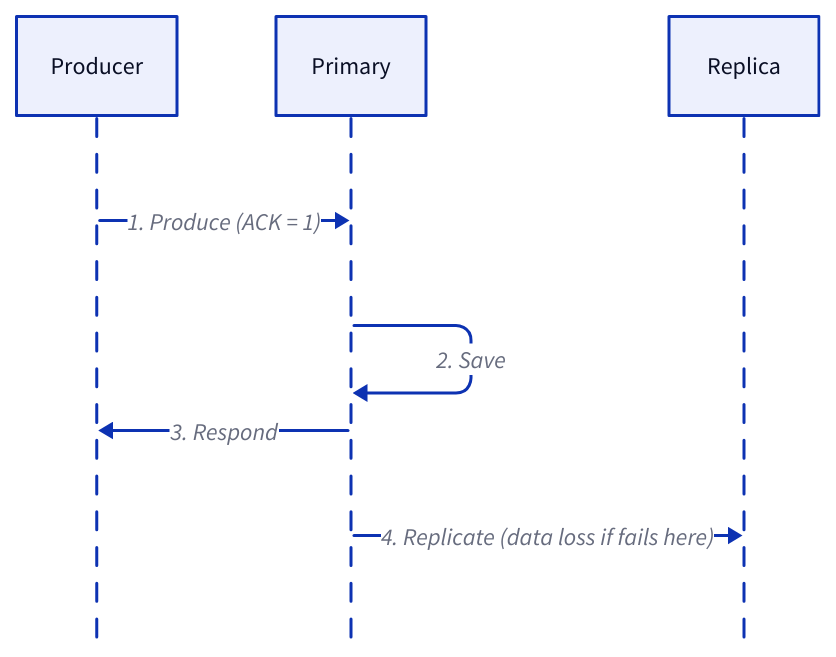
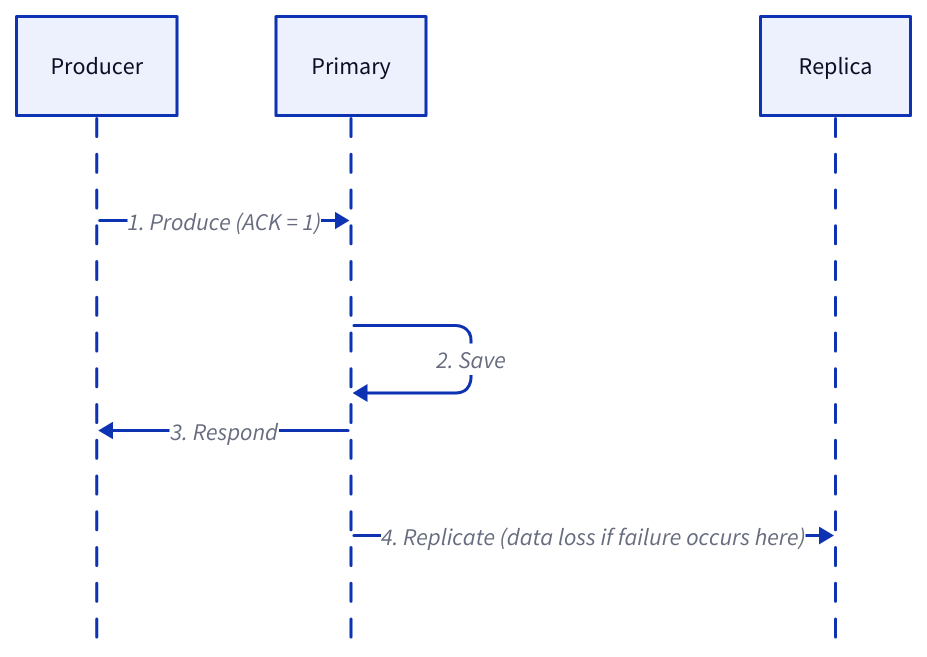
One commit to link1905/system-design-101 changed diagram 14 of 30 in content/docs/data-persistence/event-streaming-platform.md. Above: the diagram before and after it, drawn with D2. The commit also changed other lines of this file and 7 other files, not shown here.

````diff
--- a/content/docs/data-persistence/event-streaming-platform.md
+++ b/content/docs/data-persistence/event-streaming-platform.md
@@ -454,18 +451,18 @@
 ```d2
 shape: sequence_diagram
 s: Producer {
     class: server
 }
 p: Primary {
     class: server
 }
 r: Replica {
     class: server
 }
 s -> p: 1. Produce (ACK = 1)
 p -> p: 2. Save
 p -> s: 3. Respond
-p -> r: 4. Replicate (data loss if fails here) {
+p -> r: 4. Replicate (data loss if failure occurs here) {
     class: error-conn
 }
 ```
````
